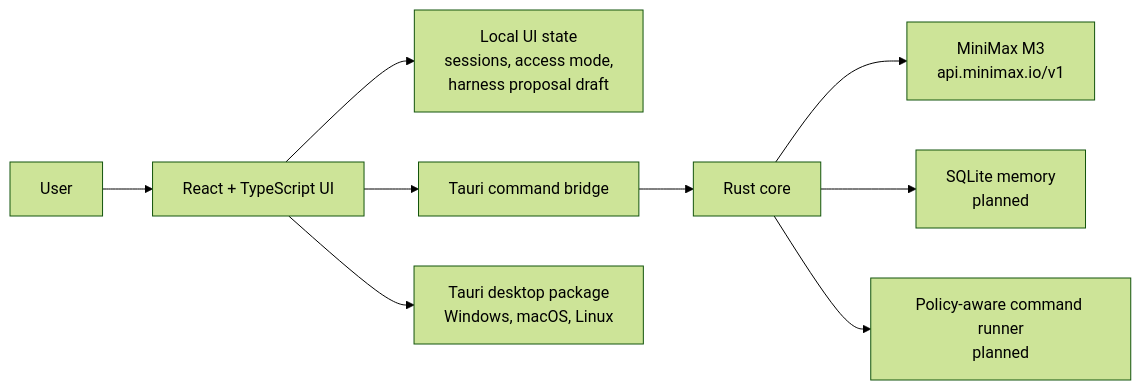
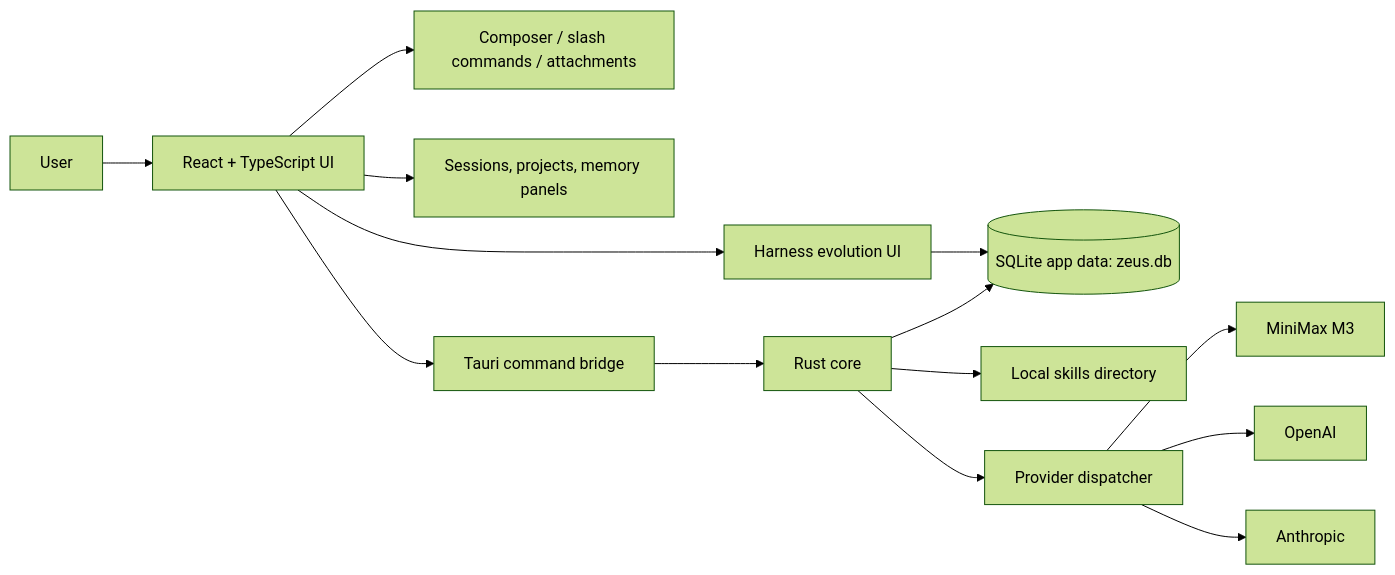
One commit to benclawbot/Zeus changed the diagram in README.md. Above: the diagram before and after it, drawn with Mermaid (forest theme). The commit also changed other lines of this file, not shown here.

Commit message:
docs: document production-ready Zeus functionality

````diff
--- a/README.md
+++ b/README.md
@@ -29,11 +119,16 @@
 ```mermaid
 flowchart LR
-  User["User"] --> UI["React + TypeScript UI"]
-  UI --> State["Local UI state\nsessions, access mode,\nharness proposal draft"]
-  UI --> Tauri["Tauri command bridge"]
-  Tauri --> Rust["Rust core"]
-  Rust --> Minimax["MiniMax M3\napi.minimax.io/v1"]
-  Rust --> FutureMemory["SQLite memory\nplanned"]
-  Rust --> FutureRunner["Policy-aware command runner\nplanned"]
-  UI --> Package["Tauri desktop package\nWindows, macOS, Linux"]
+  User[User] --> UI[React + TypeScript UI]
+  UI --> Composer[Composer / slash commands / attachments]
+  UI --> Sessions[Sessions, projects, memory panels]
+  UI --> Tauri[Tauri command bridge]
+  Tauri --> Rust[Rust core]
+  Rust --> SQLite[(SQLite app data: zeus.db)]
+  Rust --> Skills[Local skills directory]
+  Rust --> Providers[Provider dispatcher]
+  Providers --> MiniMax[MiniMax M3]
+  Providers --> OpenAI[OpenAI]
+  Providers --> Anthropic[Anthropic]
+  UI --> Harness[Harness evolution UI]
+  Harness --> SQLite
 ```
````
